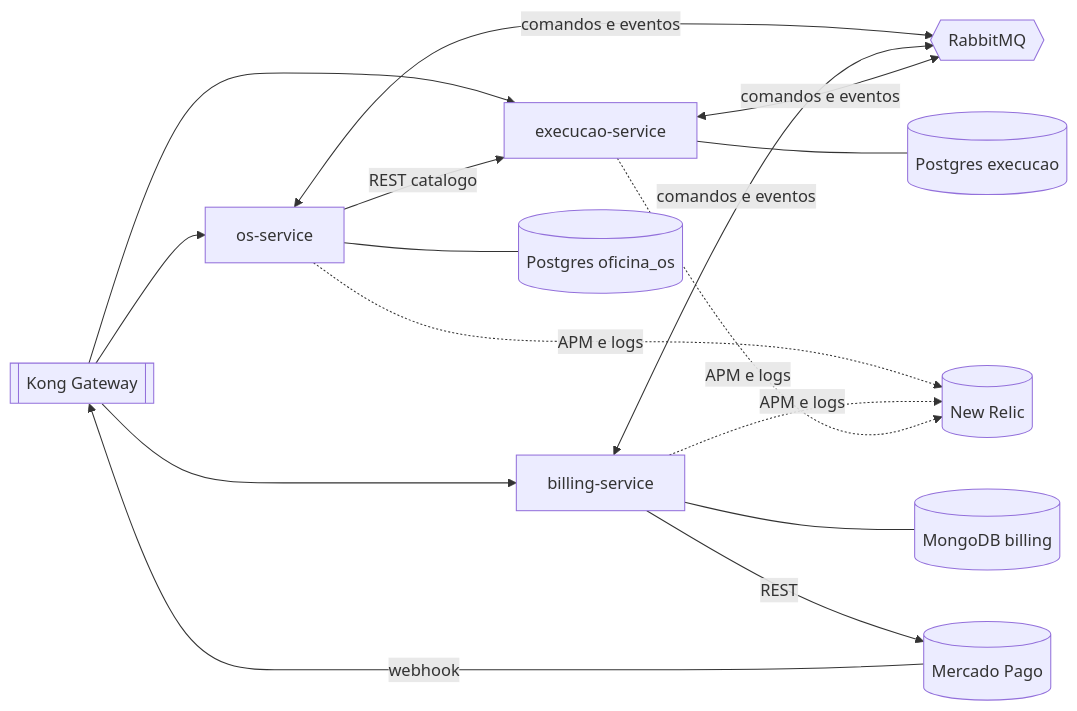
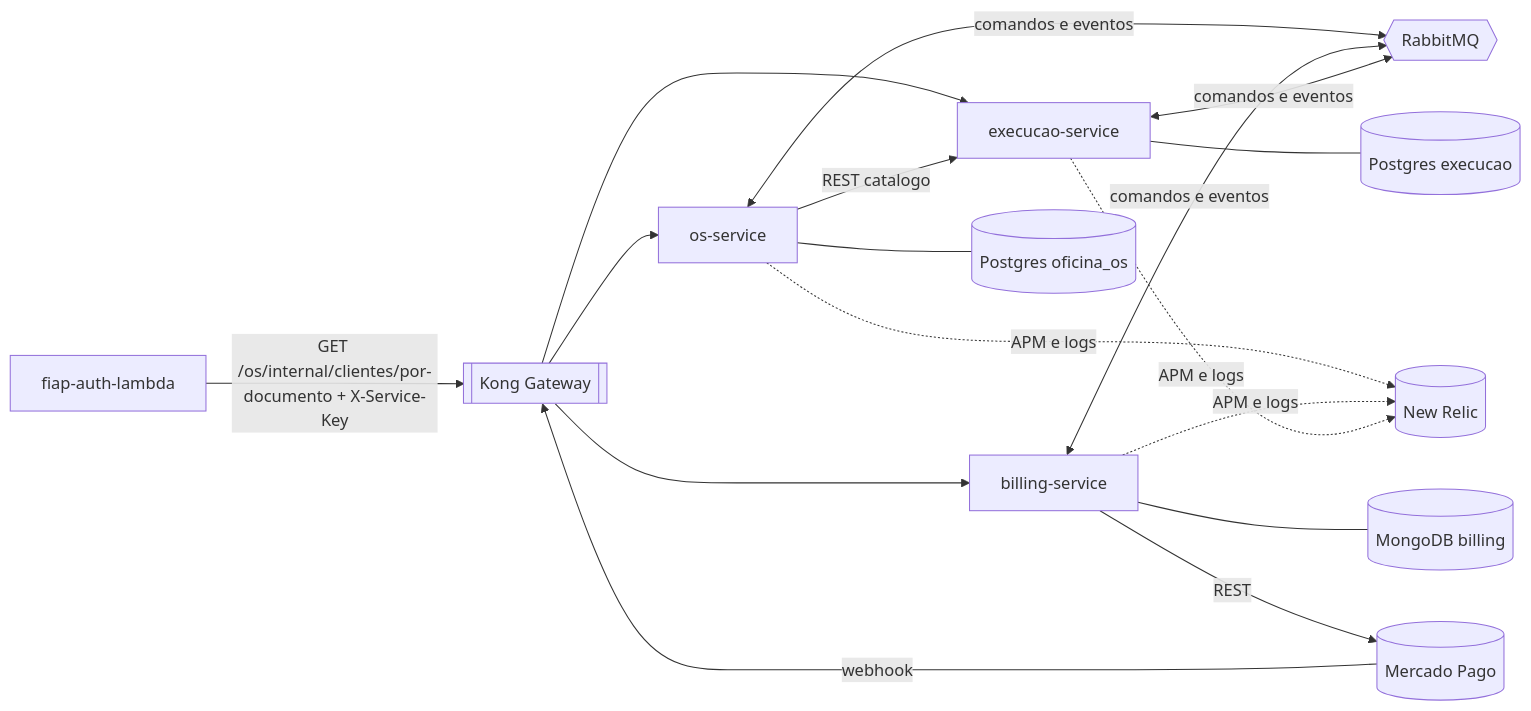
Before and after one commit to MathboyL3/oficina-os-service: the first of 2 diagrams in README.md, drawn with Mermaid. The commit also changed other lines of this file and 3 other files, not shown here.

````diff
--- a/README.md
+++ b/README.md
@@ -23,16 +23,17 @@
 ```mermaid
 flowchart LR
-  Kong[[Kong Gateway]] --> OS[os-service]
+  Auth[fiap-auth-lambda] -- "GET /os/internal/clientes/por-documento + X-Service-Key" --> Kong[[Kong Gateway]]
+  Kong --> OS[os-service]
   Kong --> BIL[billing-service]
   Kong --> EXE[execucao-service]
   MP[(Mercado Pago)] -- webhook --> Kong
   OS <-- comandos e eventos --> MQ{{RabbitMQ}}
   BIL <-- comandos e eventos --> MQ
   EXE <-- comandos e eventos --> MQ
   OS --- PG1[(Postgres oficina_os)]
   BIL --- MG[(MongoDB billing)]
   EXE --- PG2[(Postgres execucao)]
   OS -- REST catalogo --> EXE
   BIL -- REST --> MP
   OS & BIL & EXE -. APM e logs .-> NR[(New Relic)]
 ```
````
